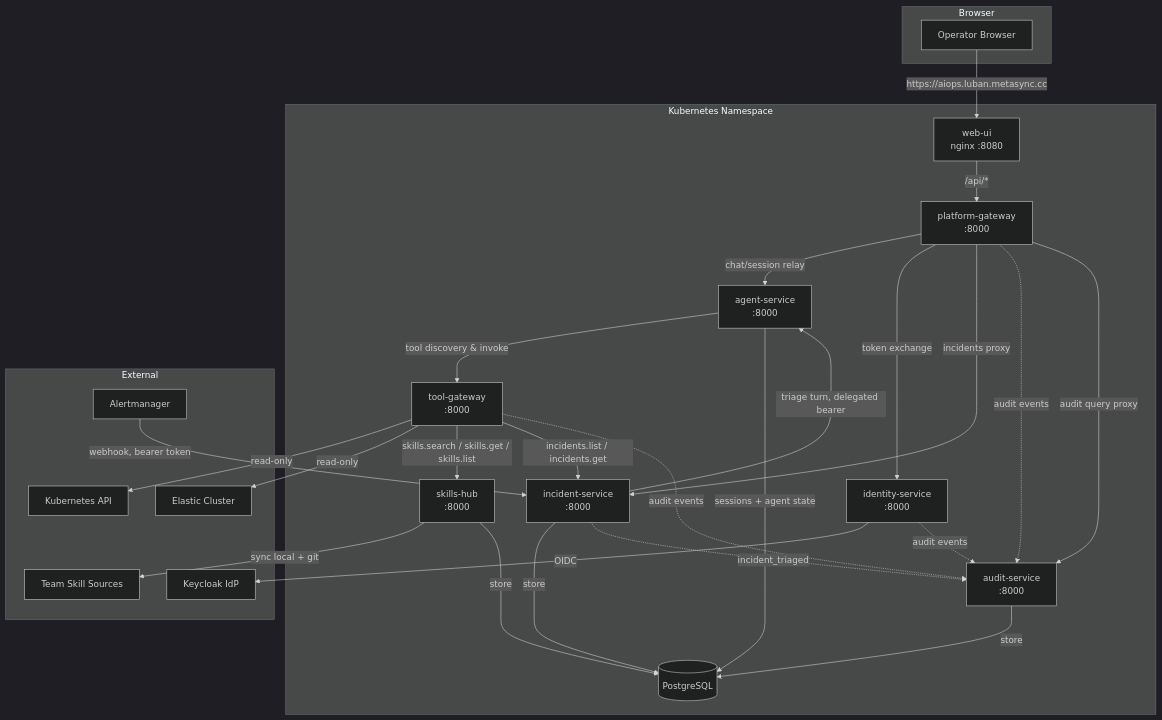
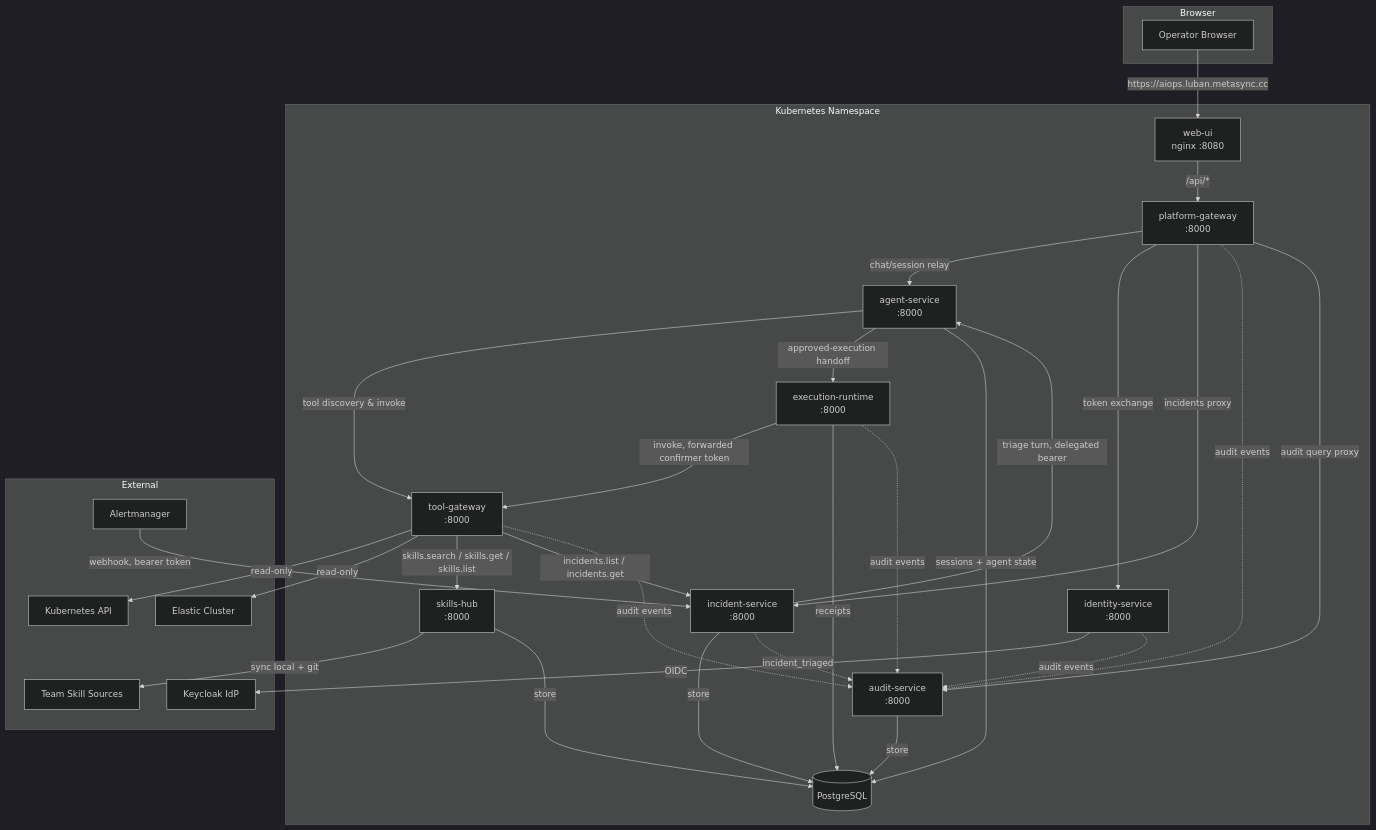
One commit to metasync/luban-aiops changed the first of 2 diagrams in docs/guides/architecture-overview.md. Above: the diagram before and after it, drawn with Mermaid (dark theme). The commit also changed other lines of this file and 88 other files, not shown here.

````diff
--- a/docs/guides/architecture-overview.md
+++ b/docs/guides/architecture-overview.md
@@ -27,50 +28,55 @@
 ```mermaid
 graph TB
     subgraph Browser
         User[Operator Browser]
     end
 
     subgraph Kubernetes Namespace
         WebUI[web-ui<br/>nginx :8080]
         PG[platform-gateway<br/>:8000]
         AS[agent-service<br/>:8000]
+        ER[execution-runtime<br/>:8000]
         TG[tool-gateway<br/>:8000]
         IB[identity-service<br/>:8000]
         Audit[audit-service<br/>:8000]
         Skills[skills-hub<br/>:8000]
         Incident[incident-service<br/>:8000]
         PGDB[(PostgreSQL)]
     end
 
     subgraph External
         Keycloak[Keycloak IdP]
         K8sAPI[Kubernetes API]
         Elastic[Elastic Cluster]
         SkillRepos[Team Skill Sources]
         Alertmanager[Alertmanager]
     end
 
     User -->|https://aiops.luban.metasync.cc| WebUI
     WebUI -->|/api/*| PG
     PG -->|chat/session relay| AS
     PG -->|token exchange| IB
     AS -->|tool discovery & invoke| TG
+    AS -->|approved-execution handoff| ER
+    ER -->|invoke, forwarded confirmer token| TG
+    ER -->|receipts| PGDB
     TG -->|read-only| K8sAPI
     TG -->|read-only| Elastic
     TG -->|skills.search / skills.get / skills.list| Skills
     TG -->|incidents.list / incidents.get| Incident
     Skills -->|sync local + git| SkillRepos
     Skills -->|store| PGDB
     Alertmanager -->|webhook, bearer token| Incident
     PG -->|incidents proxy| Incident
     Incident -->|triage turn, delegated bearer| AS
     Incident -->|store| PGDB
     IB -->|OIDC| Keycloak
     AS -->|sessions + agent state| PGDB
     TG -.->|audit events| Audit
+    ER -.->|audit events| Audit
     PG -.->|audit events| Audit
     IB -.->|audit events| Audit
     Incident -.->|incident_triaged| Audit
     PG -->|audit query proxy| Audit
     Audit -->|store| PGDB
 ```
````
